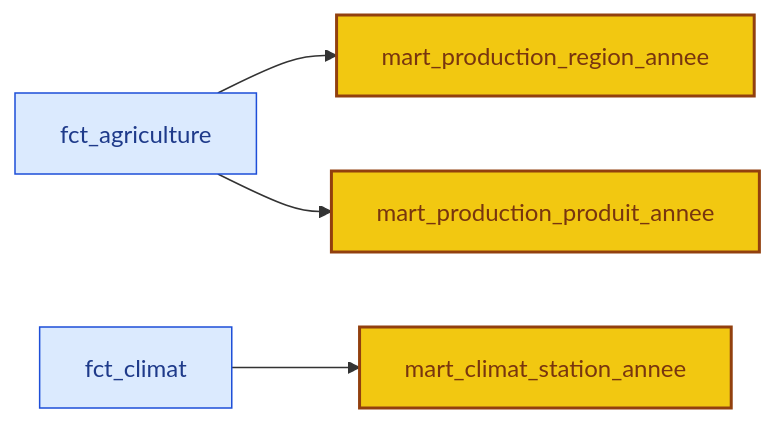
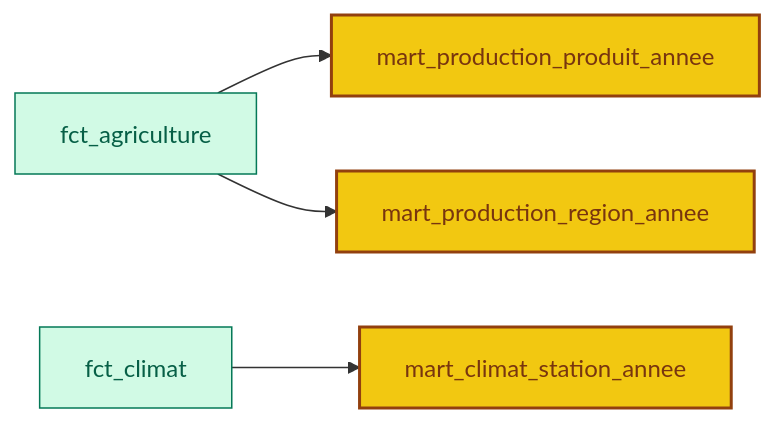
One commit to abdoudjigo/assaman-suuf changed the ninth of 11 diagrams in dbt_project/README_dbt_staging.md. Above: the diagram before and after it, drawn with Mermaid. The commit also changed other lines of this file, not shown here.

````diff
--- a/dbt_project/README_dbt_staging.md
+++ b/dbt_project/README_dbt_staging.md
@@ -348,11 +389,11 @@
 ```mermaid
 flowchart LR
-    FA["fct_agriculture"] --> M1["mart_production_region_annee"]
-    FA --> M2["mart_production_produit_annee"]
+    FA["fct_agriculture"] --> M1["mart_production_produit_annee"]
+    FA --> M2["mart_production_region_annee"]
     FC["fct_climat"] --> M3["mart_climat_station_annee"]
 
-    classDef fait fill:#DBEAFE,stroke:#1D4ED8,color:#1E3A8A
+    classDef fait fill:#D1FAE5,stroke:#047857,color:#065F46
     classDef mart fill:#F2C811,stroke:#92400E,color:#78350F,stroke-width:2px
     class FA,FC fait
     class M1,M2,M3 mart
 ```
````
